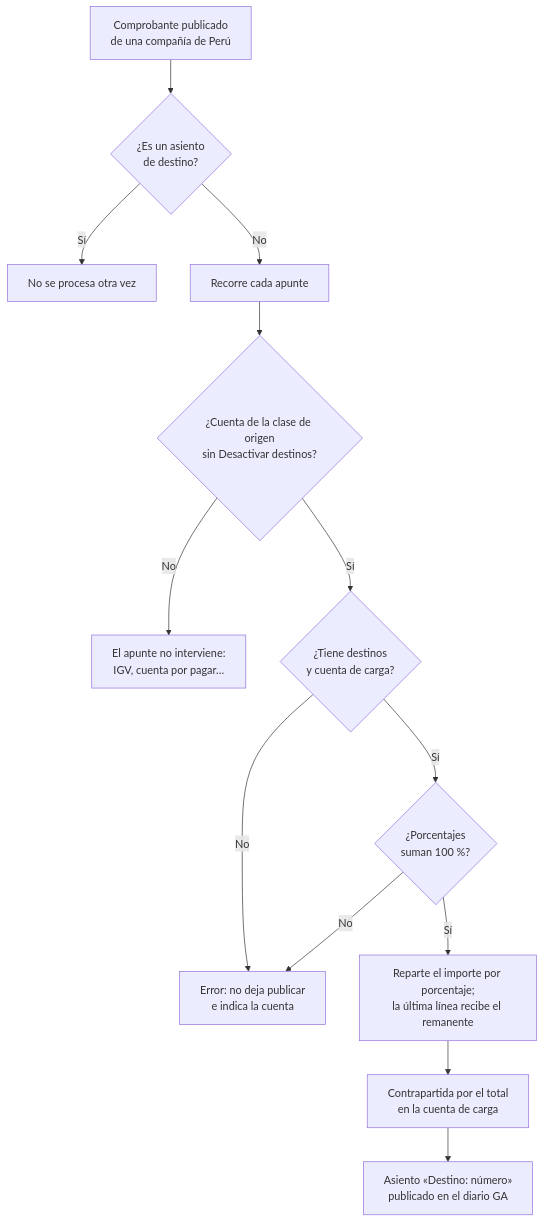
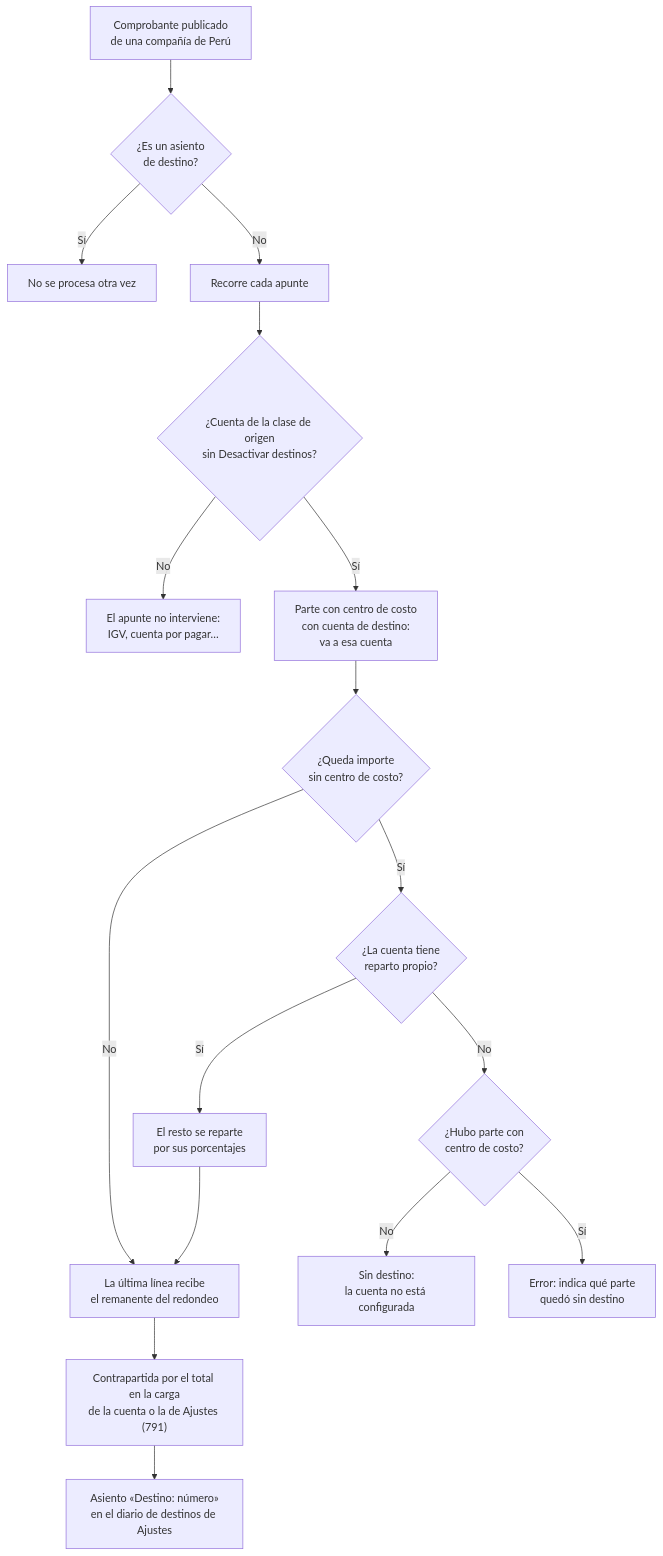
One commit to olanoit/ol_new_apps changed the diagram in OL-ACCOUNTING/al_account_destinations/static/description/diagramas/publicar.mmd. Above: the diagram before and after it, drawn with Mermaid. The commit also changed 33 other files, not shown here.

First line of the commit message:
[IMP] al_account_destinations: reparto por centro de costo, patrón multicompañía de Odoo 19 y diario en Ajustes

```diff
--- a/OL-ACCOUNTING/al_account_destinations/static/description/diagramas/publicar.mmd
+++ b/OL-ACCOUNTING/al_account_destinations/static/description/diagramas/publicar.mmd
@@ -1,13 +1,17 @@
 flowchart TD
   A[Comprobante publicado<br/>de una compañía de Perú] --> B{¿Es un asiento<br/>de destino?}
   B -- Sí --> Z[No se procesa otra vez]
   B -- No --> C[Recorre cada apunte]
   C --> D{¿Cuenta de la clase de origen<br/>sin Desactivar destinos?}
   D -- No --> E[El apunte no interviene:<br/>IGV, cuenta por pagar…]
-  D -- Sí --> F{¿Tiene destinos<br/>y cuenta de carga?}
-  F -- No --> G[Error: no deja publicar<br/>e indica la cuenta]
-  F -- Sí --> H{¿Porcentajes<br/>suman 100 %?}
-  H -- No --> G
-  H -- Sí --> I[Reparte el importe por porcentaje;<br/>la última línea recibe el remanente]
-  I --> J[Contrapartida por el total<br/>en la cuenta de carga]
-  J --> K[Asiento «Destino: número»<br/>publicado en el diario GA]
+  D -- Sí --> F[Parte con centro de costo<br/>con cuenta de destino:<br/>va a esa cuenta]
+  F --> F2{¿Queda importe<br/>sin centro de costo?}
+  F2 -- No --> I
+  F2 -- Sí --> H{¿La cuenta tiene<br/>reparto propio?}
+  H -- Sí --> H2[El resto se reparte<br/>por sus porcentajes]
+  H2 --> I
+  H -- No --> H3{¿Hubo parte con<br/>centro de costo?}
+  H3 -- No --> E2[Sin destino:<br/>la cuenta no está configurada]
+  H3 -- Sí --> G[Error: indica qué parte<br/>quedó sin destino]
+  I[La última línea recibe<br/>el remanente del redondeo] --> J["Contrapartida por el total en la carga<br/>de la cuenta o la de Ajustes (791)"]
+  J --> K[Asiento «Destino: número»<br/>en el diario de destinos de Ajustes]
```
